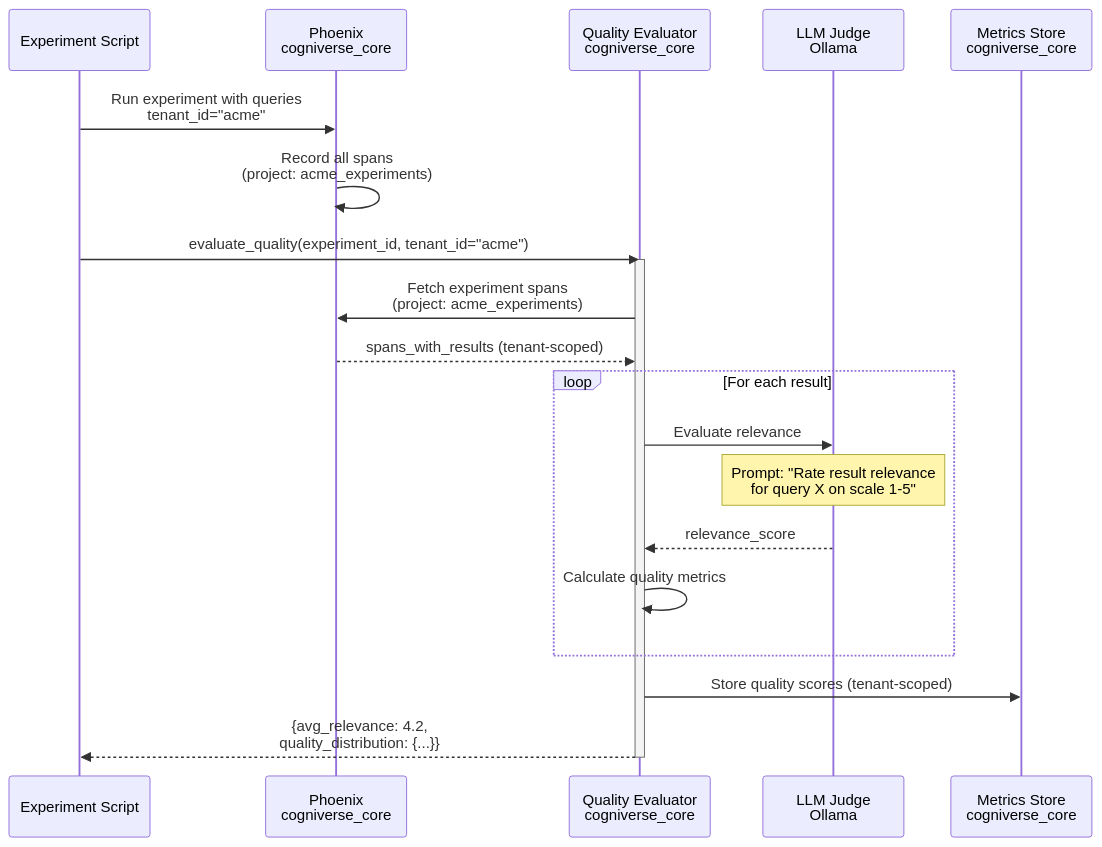
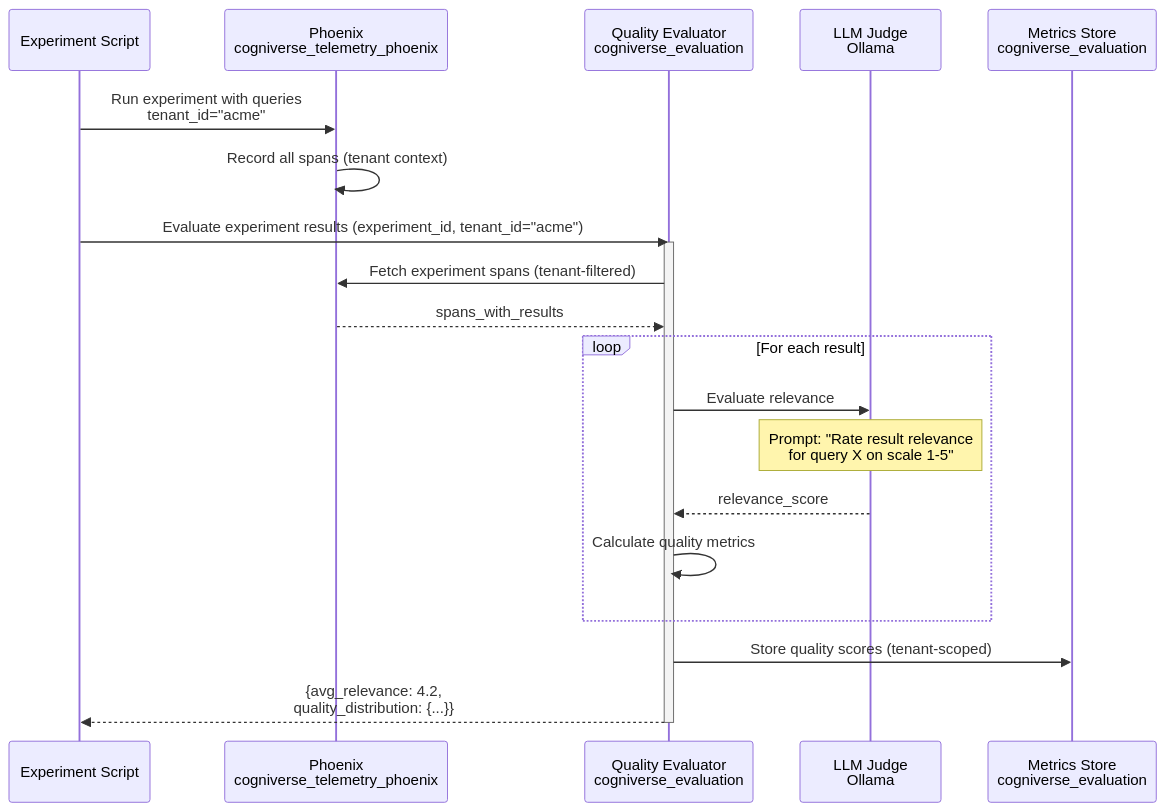
Diagram 16 of 24 in docs/architecture/system-flows.md (amit-jain/cogniverse), drawn with Mermaid before and after one commit. The commit also changed other lines of this file and 83 other files, not shown here.

First line of the commit message:
Fix documentation veracity, formatting, and diagrams across all modules

````diff
--- a/docs/architecture/system-flows.md
+++ b/docs/architecture/system-flows.md
@@ -746,29 +694,29 @@
 ```mermaid
 sequenceDiagram
     participant Exp as Experiment Script
-    participant Phoenix as Phoenix<br/>cogniverse_core
-    participant QualityEval as Quality Evaluator<br/>cogniverse_core
+    participant Phoenix as Phoenix<br/>cogniverse_telemetry_phoenix
+    participant QualityEval as Quality Evaluator<br/>cogniverse_evaluation
     participant LLM as LLM Judge<br/>Ollama
-    participant Metrics as Metrics Store<br/>cogniverse_core
+    participant Metrics as Metrics Store<br/>cogniverse_evaluation
 
     Exp->>Phoenix: Run experiment with queries<br/>tenant_id="acme"
-    Phoenix->>Phoenix: Record all spans<br/>(project: acme_experiments)
+    Phoenix->>Phoenix: Record all spans (tenant context)
 
-    Exp->>QualityEval: evaluate_quality(experiment_id, tenant_id="acme")
+    Exp->>QualityEval: Evaluate experiment results (experiment_id, tenant_id="acme")
 
     activate QualityEval
-    QualityEval->>Phoenix: Fetch experiment spans<br/>(project: acme_experiments)
-    Phoenix-->>QualityEval: spans_with_results (tenant-scoped)
+    QualityEval->>Phoenix: Fetch experiment spans (tenant-filtered)
+    Phoenix-->>QualityEval: spans_with_results
 
     loop For each result
         QualityEval->>LLM: Evaluate relevance
         Note over LLM: Prompt: "Rate result relevance<br/>for query X on scale 1-5"
         LLM-->>QualityEval: relevance_score
 
         QualityEval->>QualityEval: Calculate quality metrics
     end
 
     QualityEval->>Metrics: Store quality scores (tenant-scoped)
     QualityEval-->>Exp: {avg_relevance: 4.2,<br/>quality_distribution: {...}}
     deactivate QualityEval
 ```
````
